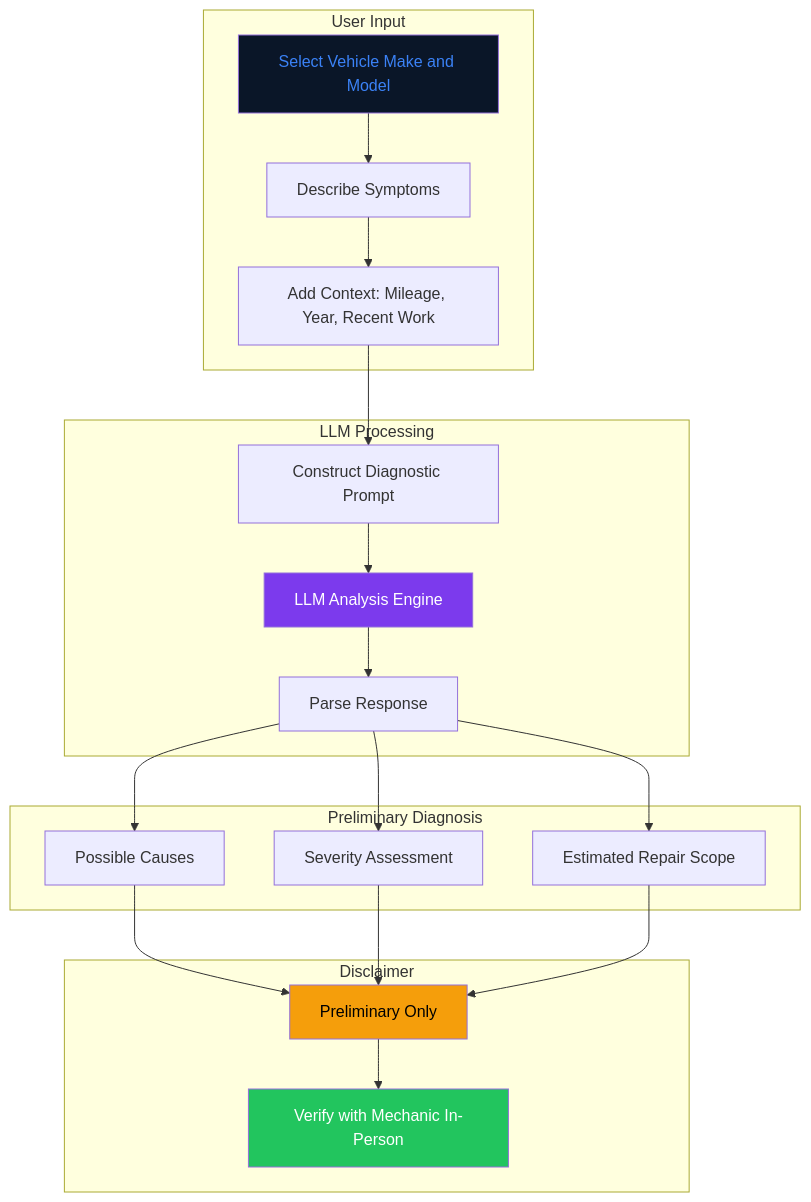
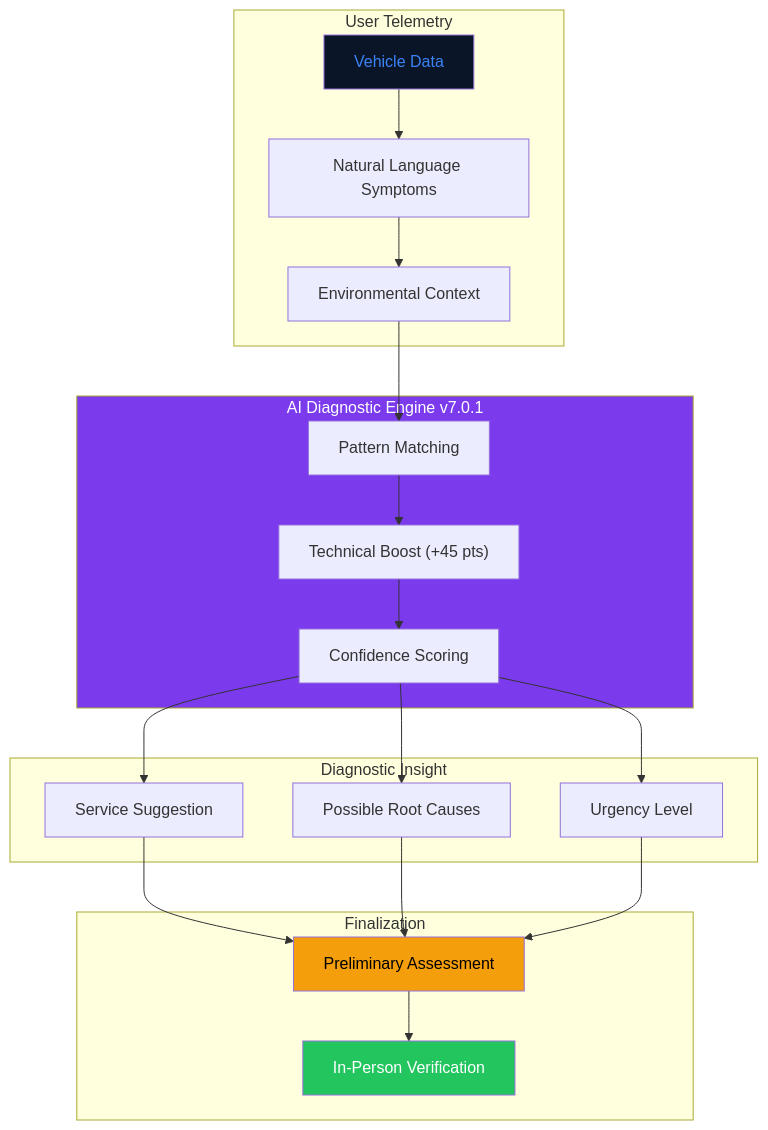
One commit to mulkymalikuldhrs/oke-mekanik-mobile-service changed the second of 3 diagrams in README.md. Above: the diagram before and after it, drawn with Mermaid. The commit also changed other lines of this file and 22 other files, not shown here.

````diff
--- a/README.md
+++ b/README.md
@@ -77,31 +78,31 @@
 ```mermaid
 flowchart TB
-    subgraph Input["User Input"]
-        Start["Select Vehicle Make and Model"] --> Symptoms["Describe Symptoms"]
-        Symptoms --> Context["Add Context: Mileage, Year, Recent Work"]
+    subgraph Input["User Telemetry"]
+        Start["Vehicle Data"] --> Symptoms["Natural Language Symptoms"]
+        Symptoms --> Context["Environmental Context"]
     end
 
-    subgraph LLMProc["LLM Processing"]
-        Context --> Prompt["Construct Diagnostic Prompt"]
-        Prompt --> LLM["LLM Analysis Engine"]
-        LLM --> Parse["Parse Response"]
+    subgraph Engine["AI Diagnostic Engine v7.0.1"]
+        Context --> Pattern["Pattern Matching"]
+        Pattern --> Technical["Technical Boost (+45 pts)"]
+        Technical --> Scoring["Confidence Scoring"]
     end
 
-    subgraph Diagnosis["Preliminary Diagnosis"]
-        Parse --> Causes["Possible Causes"]
-        Parse --> Severity["Severity Assessment"]
-        Parse --> Estimate["Estimated Repair Scope"]
+    subgraph Output["Diagnostic Insight"]
+        Scoring --> Suggestion["Service Suggestion"]
+        Scoring --> Causes["Possible Root Causes"]
+        Scoring --> Urgency["Urgency Level"]
     end
 
-    subgraph Disclaimer["Disclaimer"]
-        Causes --> Warning["Preliminary Only"]
-        Severity --> Warning
-        Estimate --> Warning
-        Warning --> Mechanic["Verify with Mechanic In-Person"]
+    subgraph Finalize["Finalization"]
+        Suggestion --> Warning["Preliminary Assessment"]
+        Causes --> Warning
+        Urgency --> Warning
+        Warning --> Mechanic["In-Person Verification"]
     end
 
     style Start fill:#0a1628,color:#3b82f6
-    style LLM fill:#7c3aed,color:#fff
+    style Engine fill:#7c3aed,color:#fff
     style Warning fill:#f59e0b,color:#000
     style Mechanic fill:#22c55e,color:#fff
 ```
````
